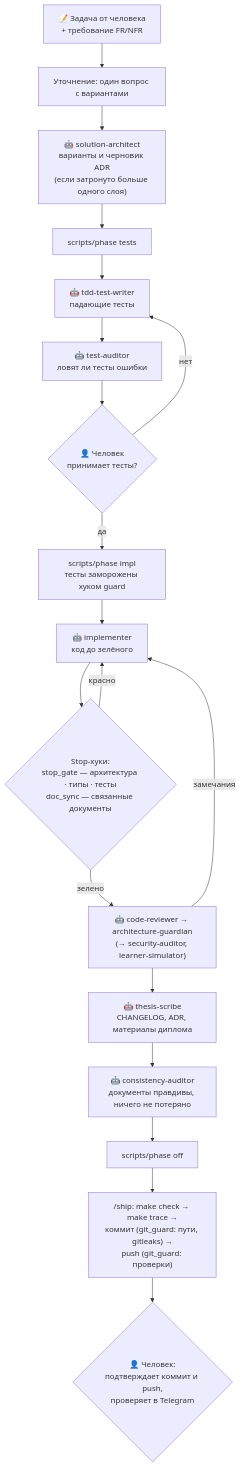
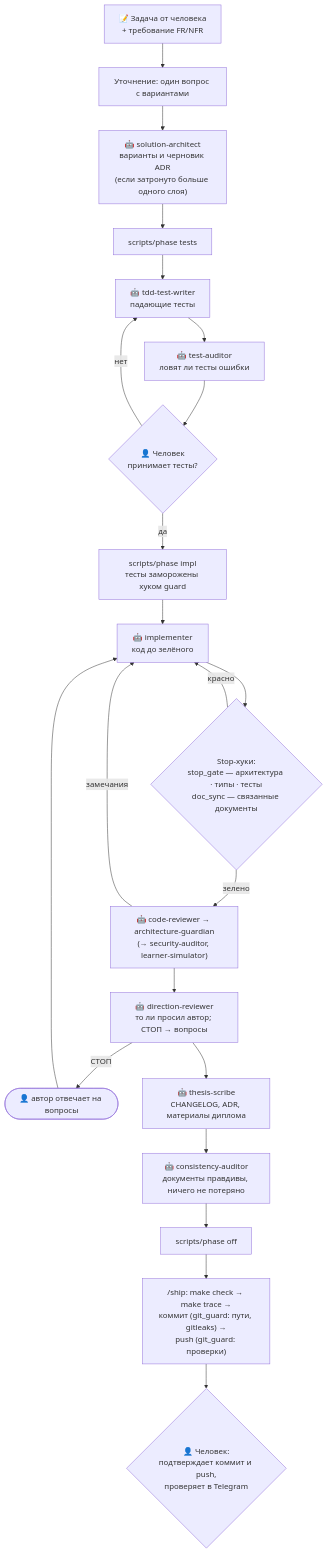
Before and after one commit to abdra04-gif/muallim: the diagram in docs/architecture/diagrams/06-agent-loop.mmd, drawn with Mermaid. The commit also changed 10 other files, not shown here.

```diff
--- a/docs/architecture/diagrams/06-agent-loop.mmd
+++ b/docs/architecture/diagrams/06-agent-loop.mmd
@@ -1,20 +1,23 @@
 %% Цикл разработки с ИИ-агентами (agent harness loop): ADR-0012, ADR-0034, ADR-0039.
 flowchart TB
     task["📝 Задача от человека<br/>+ требование FR/NFR"] --> spec["Уточнение: один вопрос с вариантами"]
     spec --> sa["🤖 solution-architect<br/>варианты и черновик ADR<br/>(если затронуто больше одного слоя)"]
     sa --> phT["scripts/phase tests"]
     phT --> tw["🤖 tdd-test-writer<br/>падающие тесты"]
     tw --> ta["🤖 test-auditor<br/>ловят ли тесты ошибки"]
     ta --> human1{"👤 Человек<br/>принимает тесты?"}
     human1 -- нет --> tw
     human1 -- да --> phI["scripts/phase impl<br/>тесты заморожены хуком guard"]
     phI --> impl["🤖 implementer<br/>код до зелёного"]
     impl --> gates{"Stop-хуки:<br/>stop_gate — архитектура · типы · тесты<br/>doc_sync — связанные документы"}
     gates -- красно --> impl
     gates -- зелено --> cr["🤖 code-reviewer → architecture-guardian<br/>(→ security-auditor, learner-simulator)"]
     cr -- замечания --> impl
-    cr --> scribe["🤖 thesis-scribe<br/>CHANGELOG, ADR, материалы диплома"]
+    cr --> dr["🤖 direction-reviewer<br/>то ли просил автор; СТОП → вопросы"]
+    dr -- СТОП --> askAuthor(["👤 автор отвечает на вопросы"])
+    askAuthor --> impl
+    dr --> scribe["🤖 thesis-scribe<br/>CHANGELOG, ADR, материалы диплома"]
     scribe --> ca["🤖 consistency-auditor<br/>документы правдивы, ничего не потеряно"]
     ca --> phO["scripts/phase off"]
     phO --> ship["/ship: make check → make trace →<br/>коммит (git_guard: пути, gitleaks) →<br/>push (git_guard: проверки)"]
     ship --> human2{"👤 Человек:<br/>подтверждает коммит и push,<br/>проверяет в Telegram"}
```
